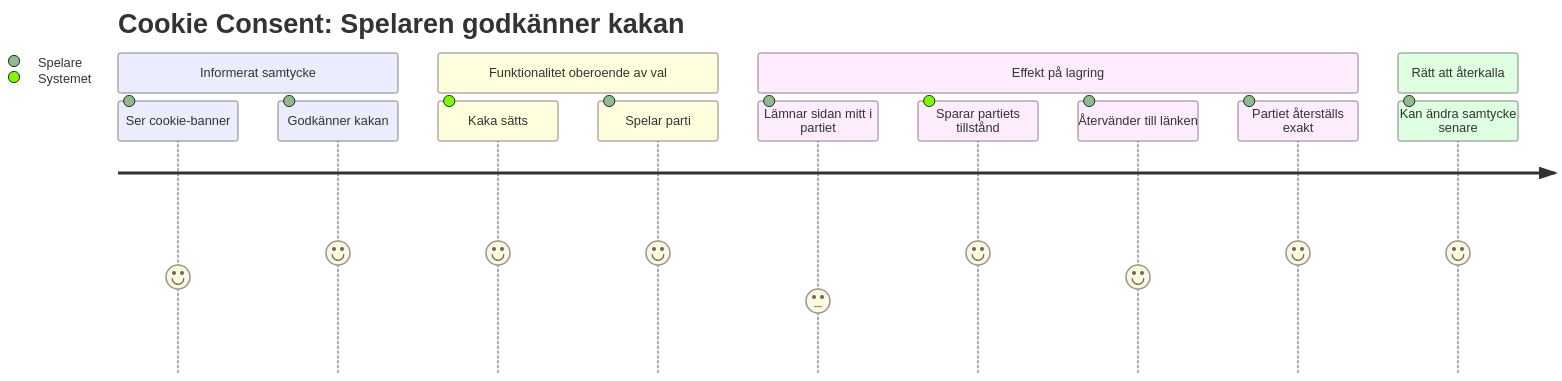
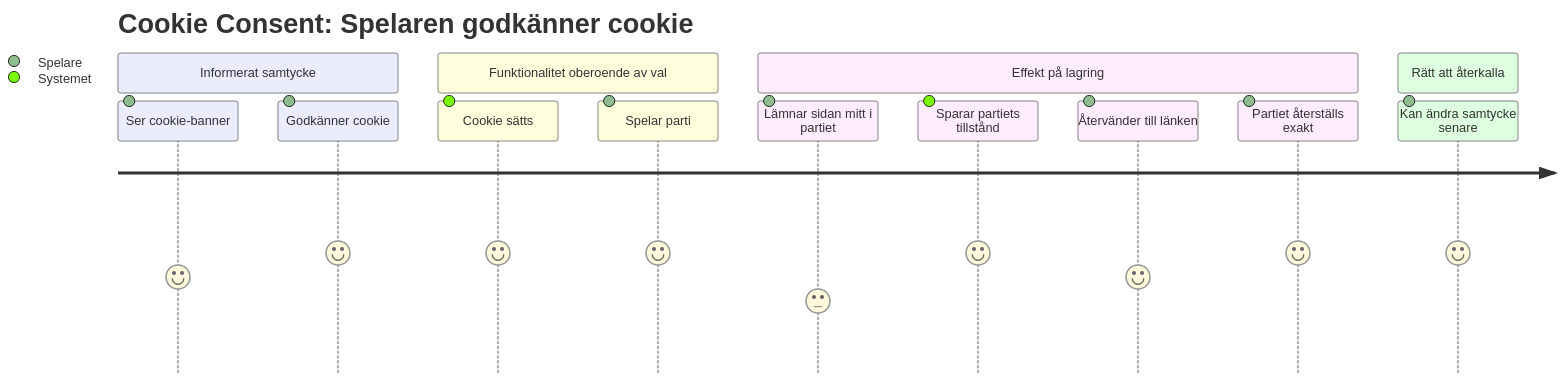
Before and after one commit to S470-crypto/Grupp-3-Projektarbete: the first of 2 diagrams in docs/requirements/06-user-journey.md, drawn with Mermaid. The commit also changed other lines of this file, not shown here.

Commit message:
Update user journey documentation for cookie consent

````diff
--- a/docs/requirements/06-user-journey.md
+++ b/docs/requirements/06-user-journey.md
@@ -6,17 +6,17 @@
 ```mermaid
 journey
-    title Cookie Consent: Spelaren godkänner kakan
+    title Cookie Consent: Spelaren godkänner cookie
     section Informerat samtycke
         Ser cookie-banner: 4: Spelare
-        Godkänner kakan: 5: Spelare
+        Godkänner cookie: 5: Spelare
     section Funktionalitet oberoende av val
-        Kaka sätts: 5: Systemet
+        Cookie sätts: 5: Systemet
         Spelar parti: 5: Spelare
     section Effekt på lagring
         Lämnar sidan mitt i partiet: 3: Spelare
         Sparar partiets tillstånd: 5: Systemet
         Återvänder till länken: 4: Spelare
         Partiet återställs exakt: 5: Spelare
     section Rätt att återkalla 
         Kan ändra samtycke senare: 5: Spelare
 ```
````
